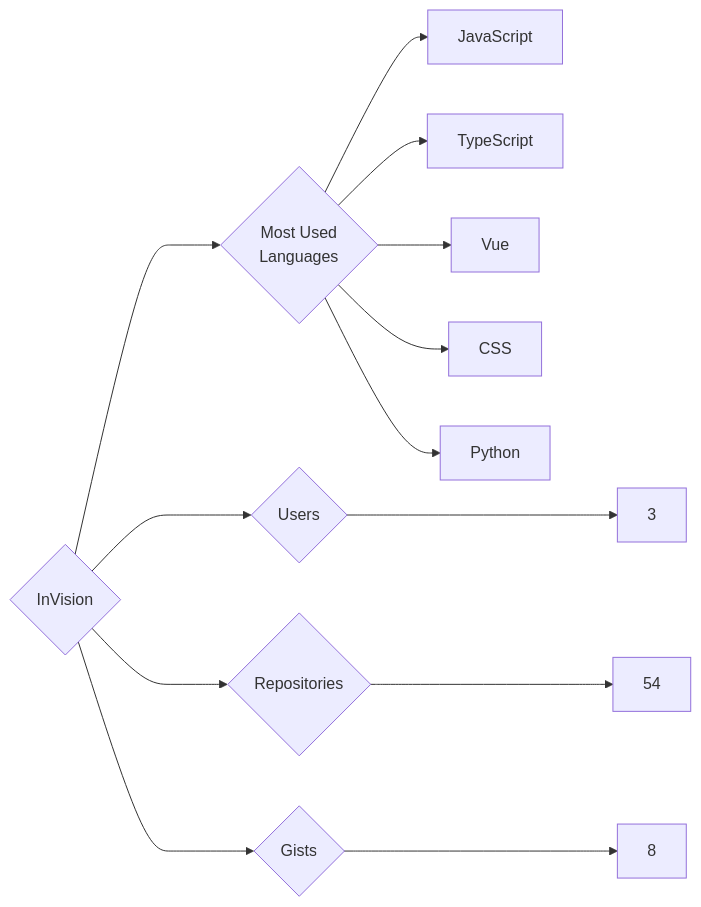
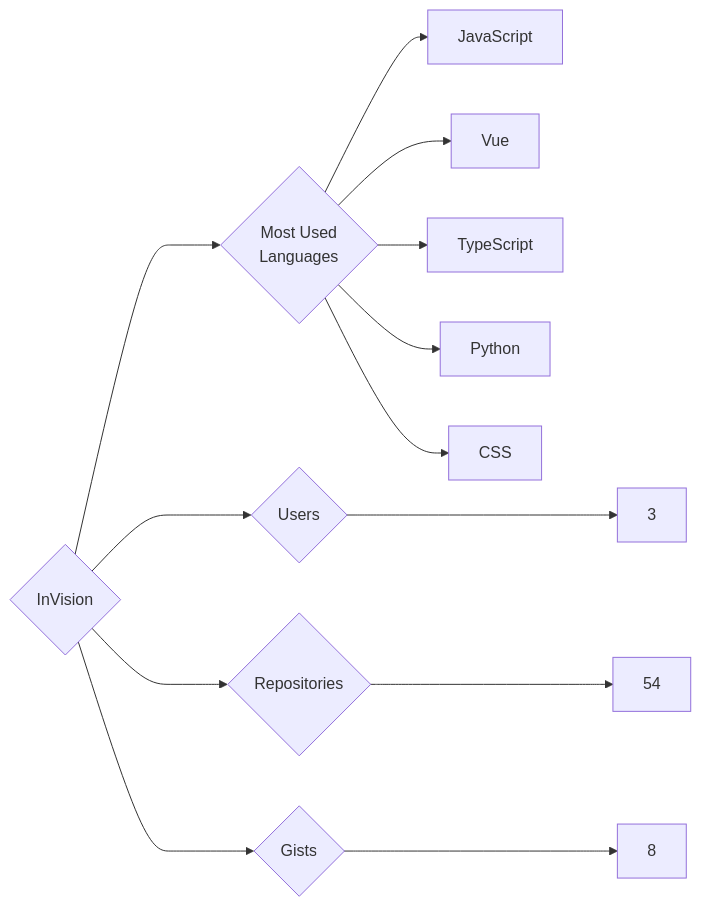
The diagram in targets/InVision/README.md (trickest/insiders), drawn with Mermaid before and after one commit. The commit also changed other lines of this file and 900 other files, not shown here.

````diff
--- a/targets/InVision/README.md
+++ b/targets/InVision/README.md
@@ -3,13 +3,13 @@
 ```mermaid
 graph LR
 COMPANY_NAME{InVision}
 COMPANY_NAME ---> U{Users} ---> UN[3]
 COMPANY_NAME ---> R{Repositories} ---> RN[54]
 COMPANY_NAME ---> G{Gists} ---> GN[8]
 COMPANY_NAME ---> ML{Most Used<br>Languages}
 ML --> JavaScript[JavaScript]
+ML --> Vue[Vue]
 ML --> TypeScript[TypeScript]
-ML --> Vue[Vue]
+ML --> Python[Python]
 ML --> CSS[CSS]
-ML --> Python[Python]
 ```
````
